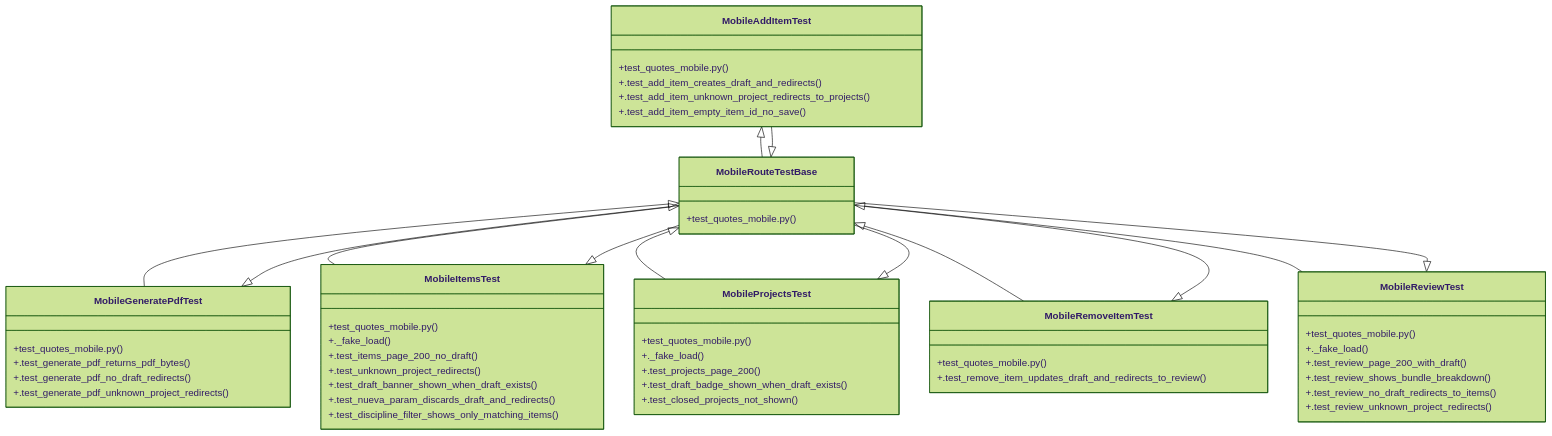
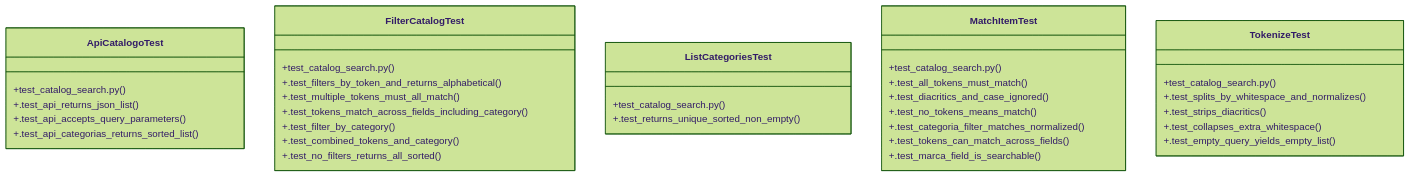
One commit to Daftrick/ProjectTracker changed the diagram in graphify-out/wiki/Community_12.md. Above: the diagram before and after it, drawn with Mermaid (forest theme). The commit also changed other lines of this file and 413 other files, not shown here.

````diff
--- a/graphify-out/wiki/Community_12.md
+++ b/graphify-out/wiki/Community_12.md
@@ -36,58 +36,38 @@
 ```mermaid
 classDiagram
-    class MobileAddItemTest {
-        +test_quotes_mobile.py()
-        +.test_add_item_creates_draft_and_redirects()
-        +.test_add_item_unknown_project_redirects_to_projects()
-        +.test_add_item_empty_item_id_no_save()
+    class ApiCatalogoTest {
+        +test_catalog_search.py()
+        +.test_api_returns_json_list()
+        +.test_api_accepts_query_parameters()
+        +.test_api_categorias_returns_sorted_list()
     }
-    class MobileGeneratePdfTest {
-        +test_quotes_mobile.py()
-        +.test_generate_pdf_returns_pdf_bytes()
-        +.test_generate_pdf_no_draft_redirects()
-        +.test_generate_pdf_unknown_project_redirects()
+    class FilterCatalogTest {
+        +test_catalog_search.py()
+        +.test_filters_by_token_and_returns_alphabetical()
+        +.test_multiple_tokens_must_all_match()
+        +.test_tokens_match_across_fields_including_category()
+        +.test_filter_by_category()
+        +.test_combined_tokens_and_category()
+        +.test_no_filters_returns_all_sorted()
     }
-    class MobileItemsTest {
-        +test_quotes_mobile.py()
-        +._fake_load()
-        +.test_items_page_200_no_draft()
-        +.test_unknown_project_redirects()
-        +.test_draft_banner_shown_when_draft_exists()
-        +.test_nueva_param_discards_draft_and_redirects()
-        +.test_discipline_filter_shows_only_matching_items()
+    class ListCategoriesTest {
+        +test_catalog_search.py()
+        +.test_returns_unique_sorted_non_empty()
     }
-    class MobileProjectsTest {
-        +test_quotes_mobile.py()
-        +._fake_load()
-        +.test_projects_page_200()
-        +.test_draft_badge_shown_when_draft_exists()
-        +.test_closed_projects_not_shown()
+    class MatchItemTest {
+        +test_catalog_search.py()
+        +.test_all_tokens_must_match()
+        +.test_diacritics_and_case_ignored()
+        +.test_no_tokens_means_match()
+        +.test_categoria_filter_matches_normalized()
+        +.test_tokens_can_match_across_fields()
+        +.test_marca_field_is_searchable()
     }
-    class MobileRemoveItemTest {
-        +test_quotes_mobile.py()
-        +.test_remove_item_updates_draft_and_redirects_to_review()
+    class TokenizeTest {
+        +test_catalog_search.py()
+        +.test_splits_by_whitespace_and_normalizes()
+        +.test_strips_diacritics()
+        +.test_collapses_extra_whitespace()
+        +.test_empty_query_yields_empty_list()
     }
-    class MobileReviewTest {
-        +test_quotes_mobile.py()
-        +._fake_load()
-        +.test_review_page_200_with_draft()
-        +.test_review_shows_bundle_breakdown()
-        +.test_review_no_draft_redirects_to_items()
-        +.test_review_unknown_project_redirects()
-    }
-    class MobileRouteTestBase {
-        +test_quotes_mobile.py()
-    }
-    MobileRouteTestBase <|-- MobileAddItemTest
-    MobileRouteTestBase <|-- MobileGeneratePdfTest
-    MobileRouteTestBase <|-- MobileItemsTest
-    MobileRouteTestBase <|-- MobileProjectsTest
-    MobileRouteTestBase <|-- MobileRemoveItemTest
-    MobileRouteTestBase <|-- MobileReviewTest
-    MobileProjectsTest <|-- MobileRouteTestBase
-    MobileItemsTest <|-- MobileRouteTestBase
-    MobileAddItemTest <|-- MobileRouteTestBase
-    MobileRemoveItemTest <|-- MobileRouteTestBase
-    MobileReviewTest <|-- MobileRouteTestBase
-    MobileGeneratePdfTest <|-- MobileRouteTestBase
 ```
````
